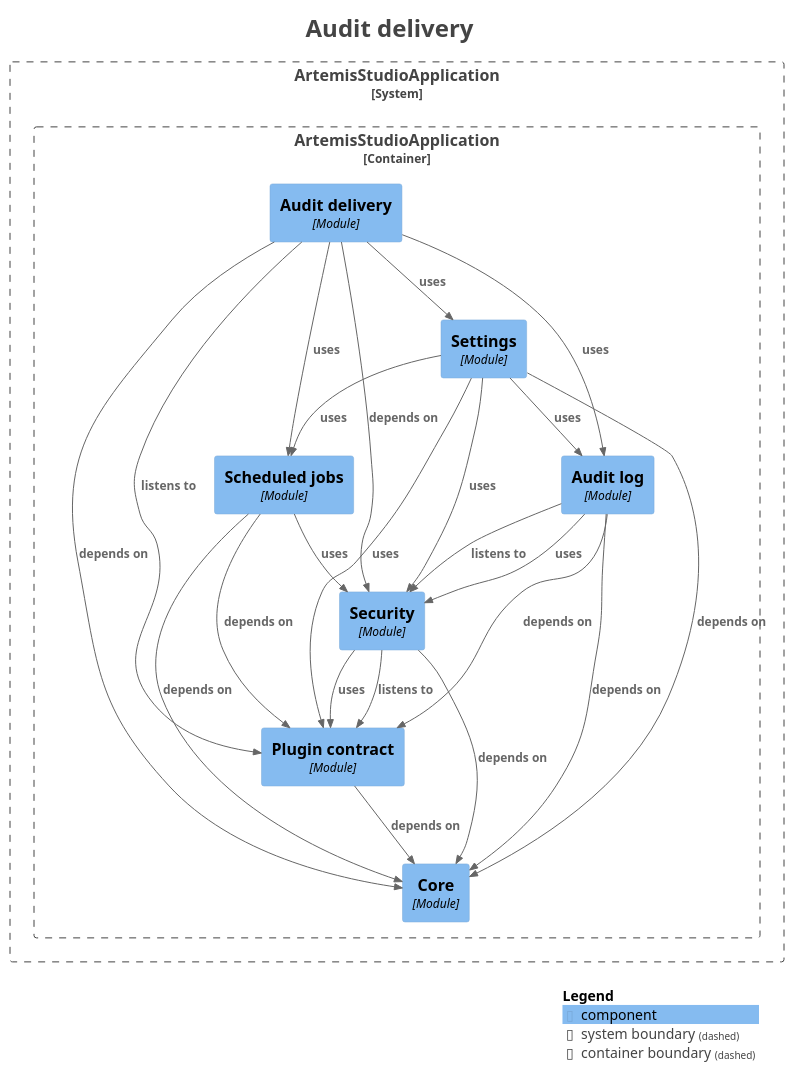
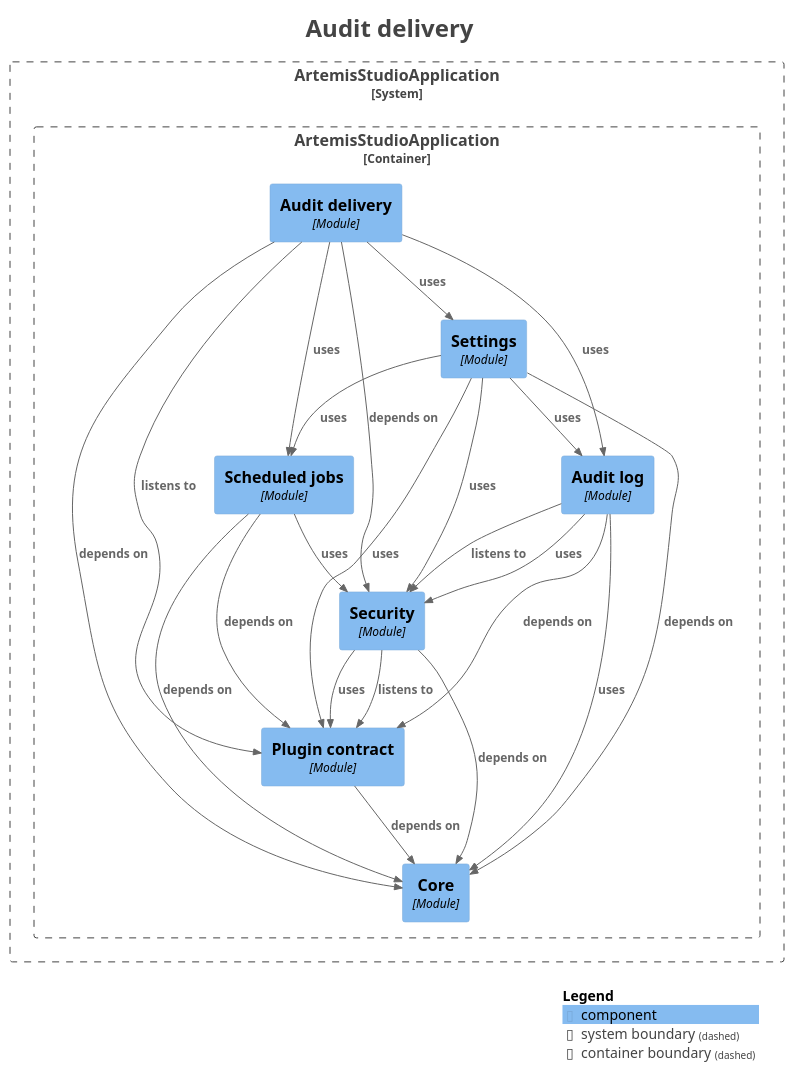
One commit to sudoitir/artemis-studio changed the diagram in docs/modules/module-kernel.auditfeed.puml. Above: the diagram before and after it, drawn with PlantUML. The commit also changed 498 other files, not shown here.

```diff
--- a/docs/modules/module-kernel.auditfeed.puml
+++ b/docs/modules/module-kernel.auditfeed.puml
@@ -1,56 +1,56 @@
 @startuml
 title <size:24>Audit delivery</size>
 
 set separator none
 top to bottom direction
 
 <style>
   root {
     BackgroundColor: #ffffff
     FontColor: #444444
   }
 </style>
 
 !include <C4/C4>
 !include <C4/C4_Context>
 !include <C4/C4_Component>
 
 System_Boundary("ArtemisStudioApplication_boundary", "ArtemisStudioApplication", $tags="") {
   Container_Boundary("ArtemisStudioApplication.ArtemisStudioApplication_boundary", "ArtemisStudioApplication", $tags="") {
     Component(ArtemisStudioApplication.ArtemisStudioApplication.Auditdelivery, "Audit delivery", $techn="Module", $descr="", $tags="", $link="")
     Component(ArtemisStudioApplication.ArtemisStudioApplication.Auditlog, "Audit log", $techn="Module", $descr="", $tags="", $link="")
     Component(ArtemisStudioApplication.ArtemisStudioApplication.Core, "Core", $techn="Module", $descr="", $tags="", $link="")
     Component(ArtemisStudioApplication.ArtemisStudioApplication.Plugincontract, "Plugin contract", $techn="Module", $descr="", $tags="", $link="")
     Component(ArtemisStudioApplication.ArtemisStudioApplication.Scheduledjobs, "Scheduled jobs", $techn="Module", $descr="", $tags="", $link="")
     Component(ArtemisStudioApplication.ArtemisStudioApplication.Security, "Security", $techn="Module", $descr="", $tags="", $link="")
     Component(ArtemisStudioApplication.ArtemisStudioApplication.Settings, "Settings", $techn="Module", $descr="", $tags="", $link="")
   }
 
 }
 
 Rel(ArtemisStudioApplication.ArtemisStudioApplication.Auditdelivery, ArtemisStudioApplication.ArtemisStudioApplication.Auditlog, "uses", $techn="", $tags="", $link="")
 Rel(ArtemisStudioApplication.ArtemisStudioApplication.Auditdelivery, ArtemisStudioApplication.ArtemisStudioApplication.Core, "depends on", $techn="", $tags="", $link="")
 Rel(ArtemisStudioApplication.ArtemisStudioApplication.Auditdelivery, ArtemisStudioApplication.ArtemisStudioApplication.Plugincontract, "listens to", $techn="", $tags="", $link="")
 Rel(ArtemisStudioApplication.ArtemisStudioApplication.Auditdelivery, ArtemisStudioApplication.ArtemisStudioApplication.Scheduledjobs, "uses", $techn="", $tags="", $link="")
 Rel(ArtemisStudioApplication.ArtemisStudioApplication.Auditdelivery, ArtemisStudioApplication.ArtemisStudioApplication.Security, "depends on", $techn="", $tags="", $link="")
 Rel(ArtemisStudioApplication.ArtemisStudioApplication.Auditdelivery, ArtemisStudioApplication.ArtemisStudioApplication.Settings, "uses", $techn="", $tags="", $link="")
-Rel(ArtemisStudioApplication.ArtemisStudioApplication.Auditlog, ArtemisStudioApplication.ArtemisStudioApplication.Core, "depends on", $techn="", $tags="", $link="")
+Rel(ArtemisStudioApplication.ArtemisStudioApplication.Auditlog, ArtemisStudioApplication.ArtemisStudioApplication.Core, "uses", $techn="", $tags="", $link="")
 Rel(ArtemisStudioApplication.ArtemisStudioApplication.Auditlog, ArtemisStudioApplication.ArtemisStudioApplication.Plugincontract, "depends on", $techn="", $tags="", $link="")
 Rel(ArtemisStudioApplication.ArtemisStudioApplication.Auditlog, ArtemisStudioApplication.ArtemisStudioApplication.Security, "listens to", $techn="", $tags="", $link="")
 Rel(ArtemisStudioApplication.ArtemisStudioApplication.Auditlog, ArtemisStudioApplication.ArtemisStudioApplication.Security, "uses", $techn="", $tags="", $link="")
 Rel(ArtemisStudioApplication.ArtemisStudioApplication.Plugincontract, ArtemisStudioApplication.ArtemisStudioApplication.Core, "depends on", $techn="", $tags="", $link="")
 Rel(ArtemisStudioApplication.ArtemisStudioApplication.Scheduledjobs, ArtemisStudioApplication.ArtemisStudioApplication.Core, "depends on", $techn="", $tags="", $link="")
 Rel(ArtemisStudioApplication.ArtemisStudioApplication.Scheduledjobs, ArtemisStudioApplication.ArtemisStudioApplication.Plugincontract, "depends on", $techn="", $tags="", $link="")
 Rel(ArtemisStudioApplication.ArtemisStudioApplication.Scheduledjobs, ArtemisStudioApplication.ArtemisStudioApplication.Security, "uses", $techn="", $tags="", $link="")
 Rel(ArtemisStudioApplication.ArtemisStudioApplication.Security, ArtemisStudioApplication.ArtemisStudioApplication.Core, "depends on", $techn="", $tags="", $link="")
 Rel(ArtemisStudioApplication.ArtemisStudioApplication.Security, ArtemisStudioApplication.ArtemisStudioApplication.Plugincontract, "listens to", $techn="", $tags="", $link="")
 Rel(ArtemisStudioApplication.ArtemisStudioApplication.Security, ArtemisStudioApplication.ArtemisStudioApplication.Plugincontract, "uses", $techn="", $tags="", $link="")
 Rel(ArtemisStudioApplication.ArtemisStudioApplication.Settings, ArtemisStudioApplication.ArtemisStudioApplication.Auditlog, "uses", $techn="", $tags="", $link="")
 Rel(ArtemisStudioApplication.ArtemisStudioApplication.Settings, ArtemisStudioApplication.ArtemisStudioApplication.Core, "depends on", $techn="", $tags="", $link="")
 Rel(ArtemisStudioApplication.ArtemisStudioApplication.Settings, ArtemisStudioApplication.ArtemisStudioApplication.Plugincontract, "uses", $techn="", $tags="", $link="")
 Rel(ArtemisStudioApplication.ArtemisStudioApplication.Settings, ArtemisStudioApplication.ArtemisStudioApplication.Scheduledjobs, "uses", $techn="", $tags="", $link="")
 Rel(ArtemisStudioApplication.ArtemisStudioApplication.Settings, ArtemisStudioApplication.ArtemisStudioApplication.Security, "uses", $techn="", $tags="", $link="")
 
 SHOW_LEGEND(true)
 hide stereotypes
 @enduml
```
